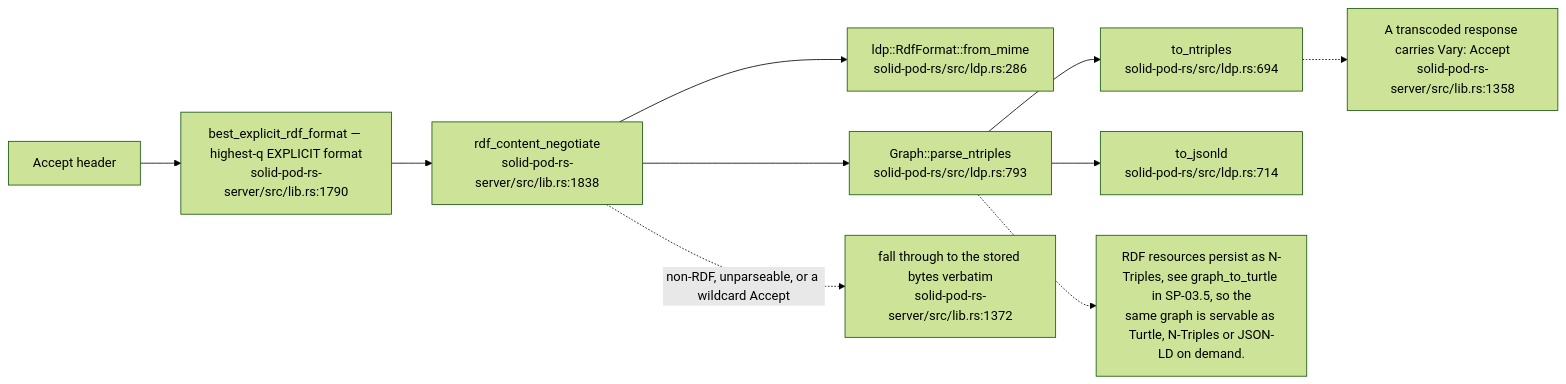
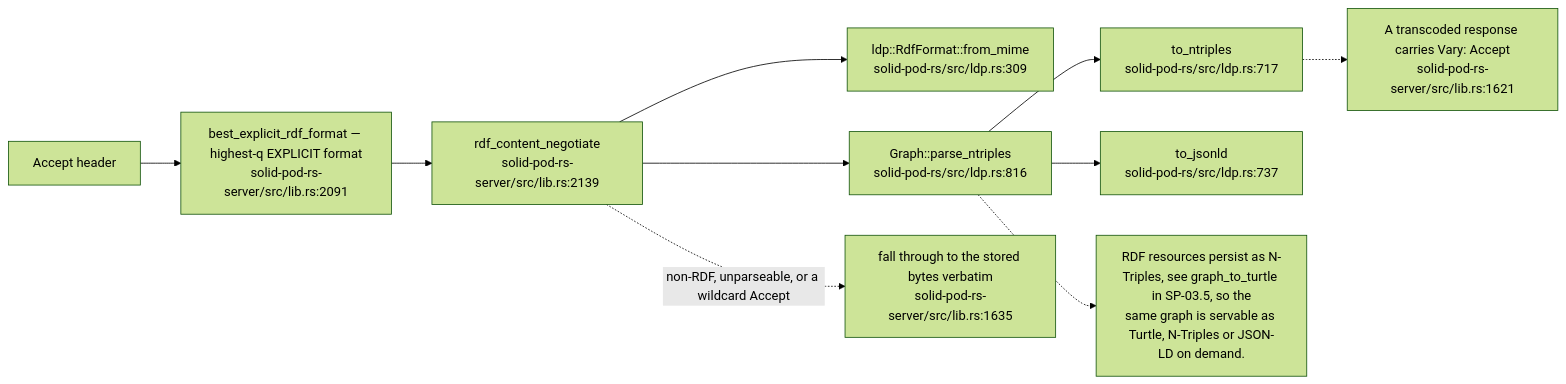
One commit to DreamLab-AI/VisionFlow changed the ninth of 11 diagrams in docs/diagrams/solid-pod-rs/03-ldp-request-lifecycle.md. Above: the diagram before and after it, drawn with Mermaid (forest theme). The commit also changed other lines of this file and 160 other files, not shown here.

````diff
--- a/docs/diagrams/solid-pod-rs/03-ldp-request-lifecycle.md
+++ b/docs/diagrams/solid-pod-rs/03-ldp-request-lifecycle.md
@@ -266,22 +278,22 @@
 ```mermaid
 flowchart LR
     ACC["Accept header"]
-    BEST["best_explicit_rdf_format — highest-q EXPLICIT format<br/>solid-pod-rs-server/src/lib.rs:1790"]
-    NEG["rdf_content_negotiate<br/>solid-pod-rs-server/src/lib.rs:1838"]
-    FMT["ldp::RdfFormat::from_mime<br/>solid-pod-rs/src/ldp.rs:286"]
-    NT["Graph::parse_ntriples<br/>solid-pod-rs/src/ldp.rs:793"]
-    OUT1["to_ntriples<br/>solid-pod-rs/src/ldp.rs:694"]
-    OUT2["to_jsonld<br/>solid-pod-rs/src/ldp.rs:714"]
-    VERB["fall through to the stored bytes verbatim<br/>solid-pod-rs-server/src/lib.rs:1372"]
+    BEST["best_explicit_rdf_format — highest-q EXPLICIT format<br/>solid-pod-rs-server/src/lib.rs:2091"]
+    NEG["rdf_content_negotiate<br/>solid-pod-rs-server/src/lib.rs:2139"]
+    FMT["ldp::RdfFormat::from_mime<br/>solid-pod-rs/src/ldp.rs:309"]
+    NT["Graph::parse_ntriples<br/>solid-pod-rs/src/ldp.rs:816"]
+    OUT1["to_ntriples<br/>solid-pod-rs/src/ldp.rs:717"]
+    OUT2["to_jsonld<br/>solid-pod-rs/src/ldp.rs:737"]
+    VERB["fall through to the stored bytes verbatim<br/>solid-pod-rs-server/src/lib.rs:1635"]
 
     ACC --> BEST --> NEG --> FMT
     NEG --> NT
     NT --> OUT1
     NT --> OUT2
     NEG -. "non-RDF, unparseable, or a wildcard Accept" .-> VERB
 
-    N["A transcoded response carries Vary: Accept<br/>solid-pod-rs-server/src/lib.rs:1358"]
+    N["A transcoded response carries Vary: Accept<br/>solid-pod-rs-server/src/lib.rs:1621"]
     OUT1 -.-> N
     N2["RDF resources persist as N-Triples, see graph_to_turtle in SP-03.5, so the<br/>same graph is servable as Turtle, N-Triples or JSON-LD on demand."]
     NT -.-> N2
 ```
````
